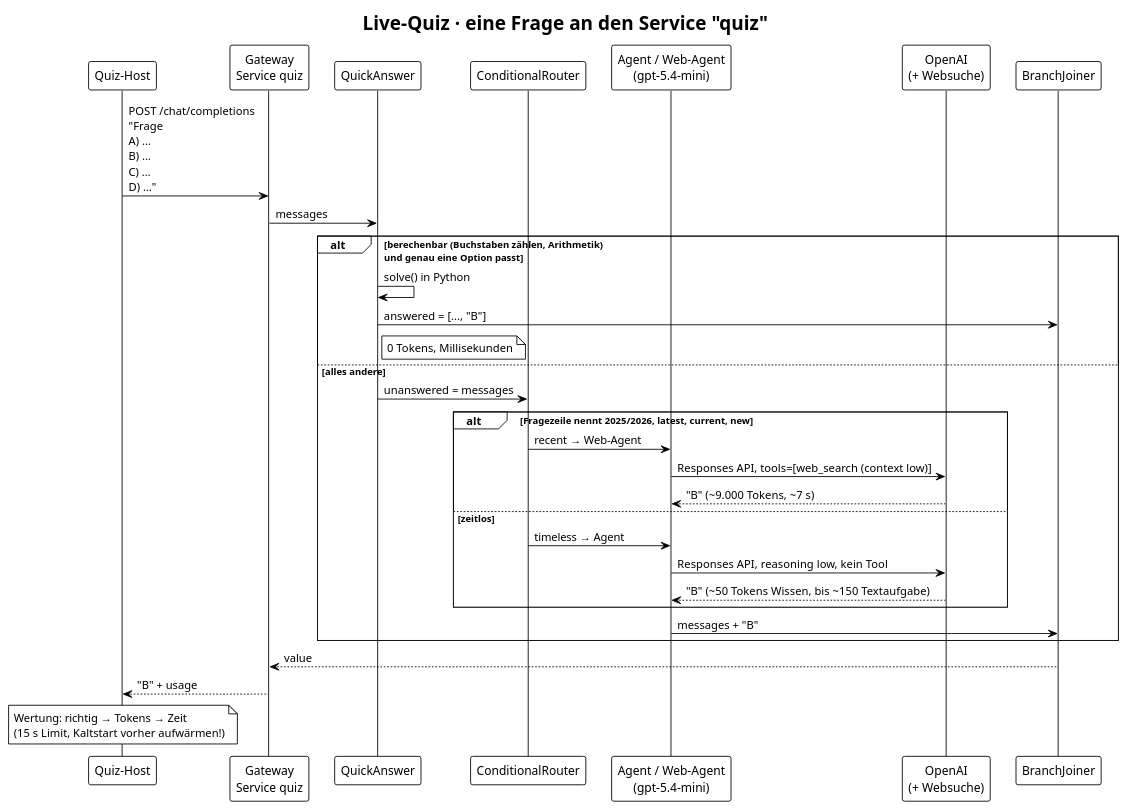
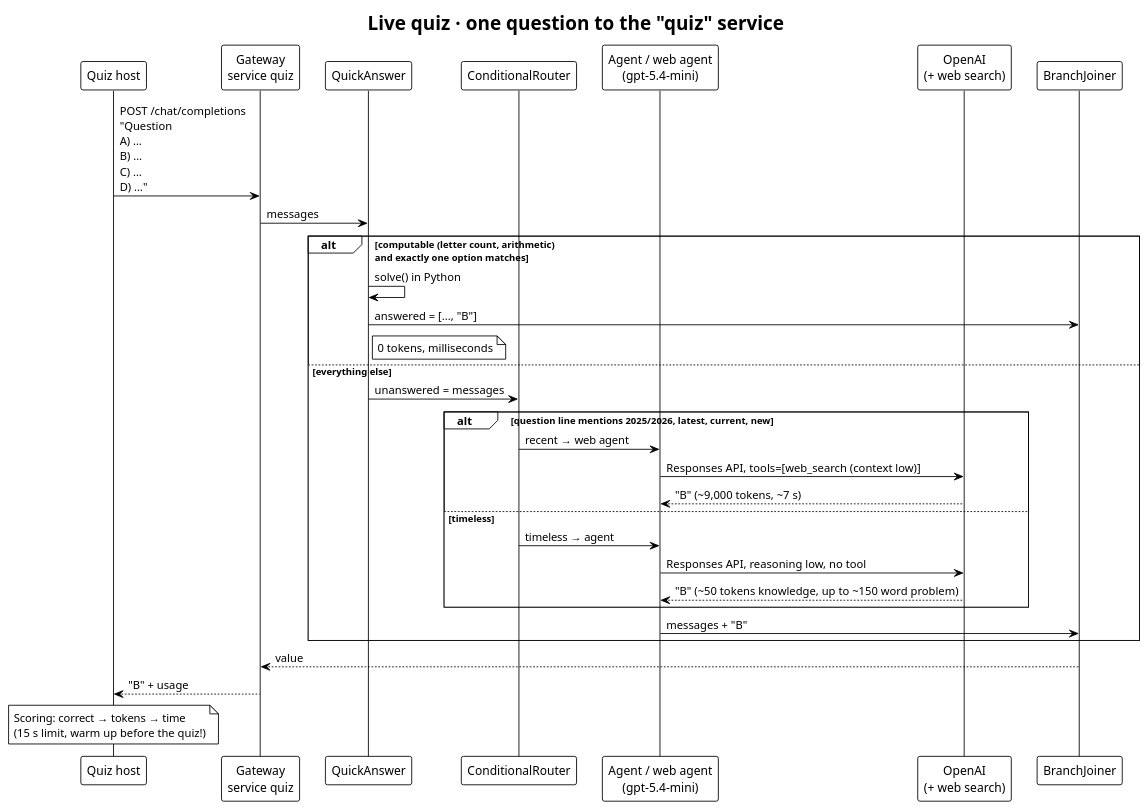
One commit to ma3u/hacknight changed the diagram in docs/diagrams/live-question.puml. Above: the diagram before and after it, drawn with PlantUML. The commit also changed 21 other files, not shown here.

```diff
--- a/docs/diagrams/live-question.puml
+++ b/docs/diagrams/live-question.puml
@@ -1,36 +1,36 @@
 @startuml live-question
 !theme plain
 skinparam shadowing false
-title Live-Quiz · eine Frage an den Service "quiz"
+title Live quiz · one question to the "quiz" service
 
-participant "Quiz-Host" as Host
-participant "Gateway\nService quiz" as GW
+participant "Quiz host" as Host
+participant "Gateway\nservice quiz" as GW
 participant "QuickAnswer" as QA
 participant "ConditionalRouter" as Router
-participant "Agent / Web-Agent\n(gpt-5.4-mini)" as Agent
-participant "OpenAI\n(+ Websuche)" as OAI
+participant "Agent / web agent\n(gpt-5.4-mini)" as Agent
+participant "OpenAI\n(+ web search)" as OAI
 participant "BranchJoiner" as Join
 
-Host -> GW : POST /chat/completions\n"Frage\nA) …\nB) …\nC) …\nD) …"
+Host -> GW : POST /chat/completions\n"Question\nA) …\nB) …\nC) …\nD) …"
 GW -> QA : messages
-alt berechenbar (Buchstaben zählen, Arithmetik)\nund genau eine Option passt
+alt computable (letter count, arithmetic)\nand exactly one option matches
   QA -> QA : solve() in Python
   QA -> Join : answered = [..., "B"]
-  note right of QA : 0 Tokens, Millisekunden
-else alles andere
+  note right of QA : 0 tokens, milliseconds
+else everything else
   QA -> Router : unanswered = messages
-  alt Fragezeile nennt 2025/2026, latest, current, new
-    Router -> Agent : recent → Web-Agent
+  alt question line mentions 2025/2026, latest, current, new
+    Router -> Agent : recent → web agent
     Agent -> OAI : Responses API, tools=[web_search (context low)]
-    OAI --> Agent : "B" (~9.000 Tokens, ~7 s)
-  else zeitlos
-    Router -> Agent : timeless → Agent
-    Agent -> OAI : Responses API, reasoning low, kein Tool
-    OAI --> Agent : "B" (~50 Tokens Wissen, bis ~150 Textaufgabe)
+    OAI --> Agent : "B" (~9,000 tokens, ~7 s)
+  else timeless
+    Router -> Agent : timeless → agent
+    Agent -> OAI : Responses API, reasoning low, no tool
+    OAI --> Agent : "B" (~50 tokens knowledge, up to ~150 word problem)
   end
   Agent -> Join : messages + "B"
 end
 Join --> GW : value
 GW --> Host : "B" + usage
-note over Host : Wertung: richtig → Tokens → Zeit\n(15 s Limit, Kaltstart vorher aufwärmen!)
+note over Host : Scoring: correct → tokens → time\n(15 s limit, warm up before the quiz!)
 @enduml
```
